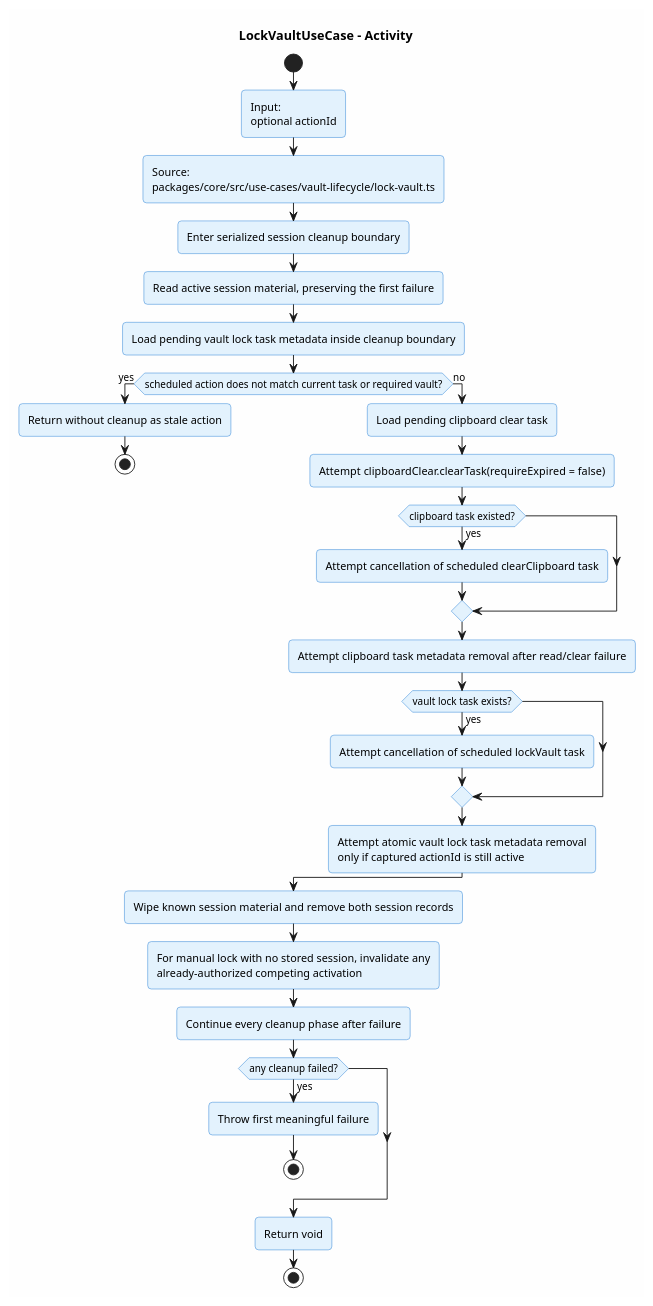
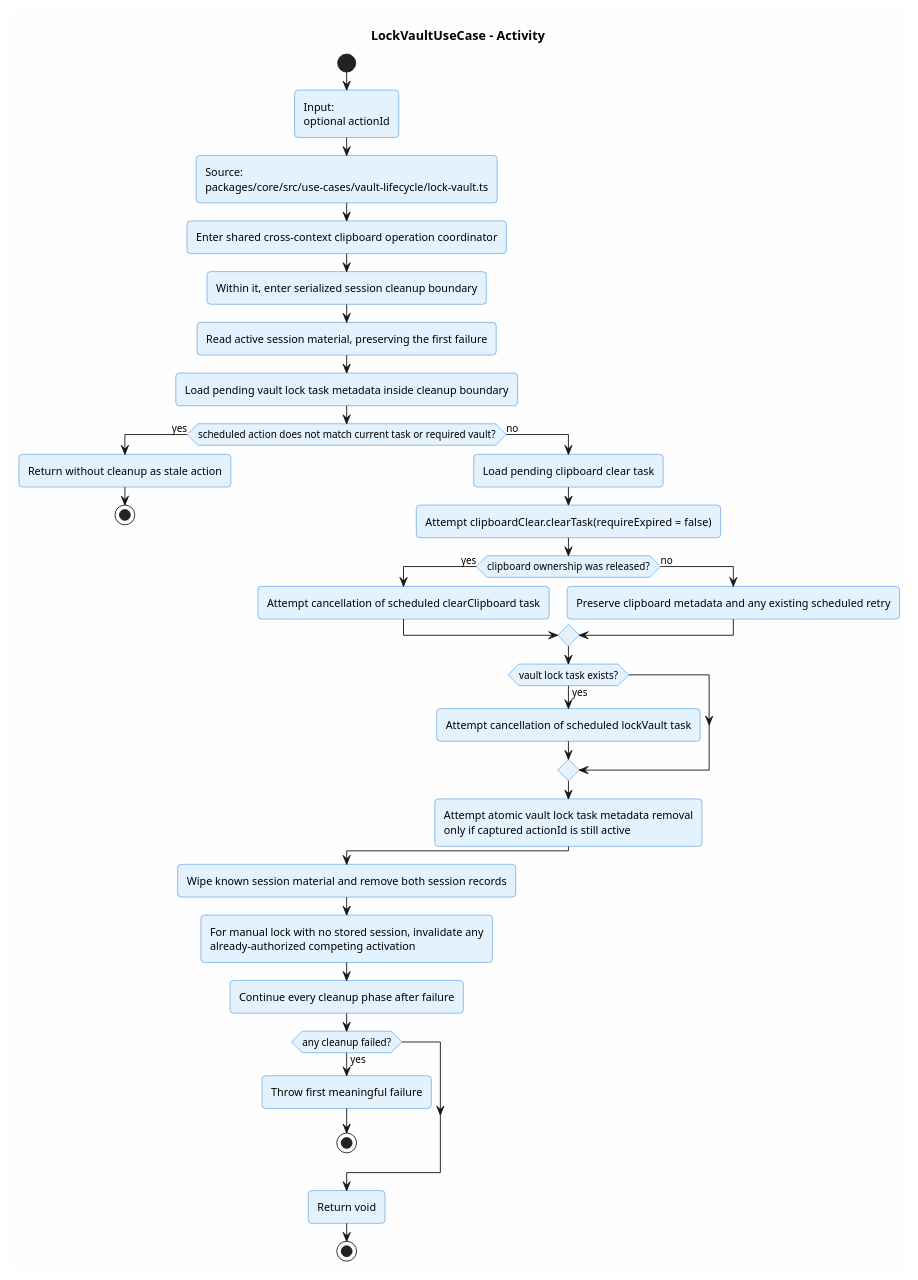
Before and after one commit to ArionStudio/engr-serverless-pm: the diagram in docs/v1/use-case/vault-lifecycle/lock-vault.activity.puml, drawn with PlantUML. The commit also changed 8 other files, not shown here.

```diff
--- a/docs/v1/use-case/vault-lifecycle/lock-vault.activity.puml
+++ b/docs/v1/use-case/vault-lifecycle/lock-vault.activity.puml
@@ -1,46 +1,48 @@
 @startuml lock-vault-activity
 title LockVaultUseCase - Activity
 
 skinparam backgroundColor #FEFEFE
 skinparam roundcorner 8
 skinparam shadowing false
 skinparam activity {
   BackgroundColor #E3F2FD
   BorderColor #1976D2
 }
 
 start
 :Input:\noptional actionId;
 :Source:\npackages/core/src/use-cases/vault-lifecycle/lock-vault.ts;
-:Enter serialized session cleanup boundary;
+:Enter shared cross-context clipboard operation coordinator;
+:Within it, enter serialized session cleanup boundary;
 :Read active session material, preserving the first failure;
 :Load pending vault lock task metadata inside cleanup boundary;
 
 if (scheduled action does not match current task or required vault?) then (yes)
   :Return without cleanup as stale action;
   stop
 else (no)
   :Load pending clipboard clear task;
   :Attempt clipboardClear.clearTask(requireExpired = false);
-  if (clipboard task existed?) then (yes)
+  if (clipboard ownership was released?) then (yes)
     :Attempt cancellation of scheduled clearClipboard task;
+  else (no)
+    :Preserve clipboard metadata and any existing scheduled retry;
   endif
-  :Attempt clipboard task metadata removal after read/clear failure;
 
   if (vault lock task exists?) then (yes)
     :Attempt cancellation of scheduled lockVault task;
   endif
   :Attempt atomic vault lock task metadata removal\nonly if captured actionId is still active;
 endif
 
 :Wipe known session material and remove both session records;
 :For manual lock with no stored session, invalidate any\nalready-authorized competing activation;
 :Continue every cleanup phase after failure;
 
 if (any cleanup failed?) then (yes)
   :Throw first meaningful failure;
   stop
 endif
 :Return void;
 stop
 @enduml
```
